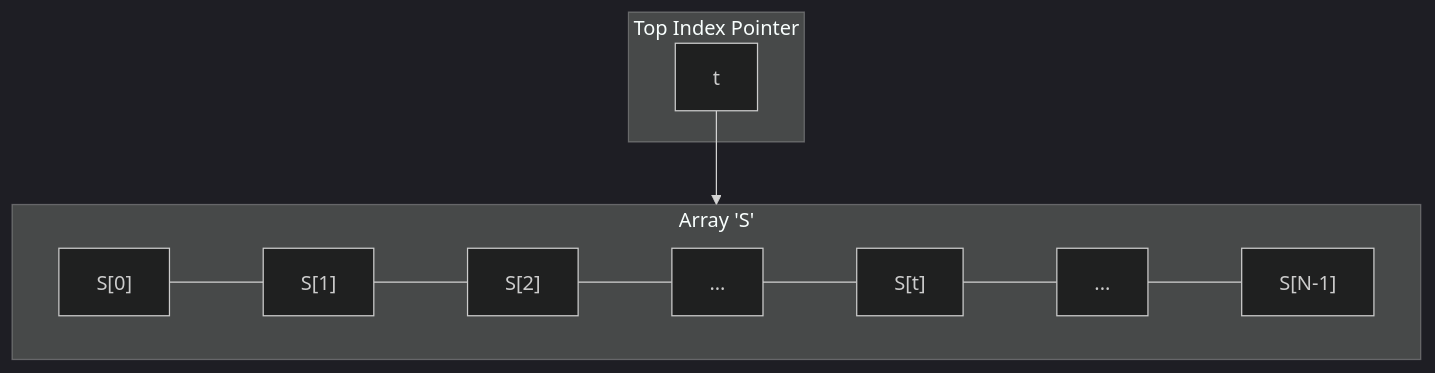
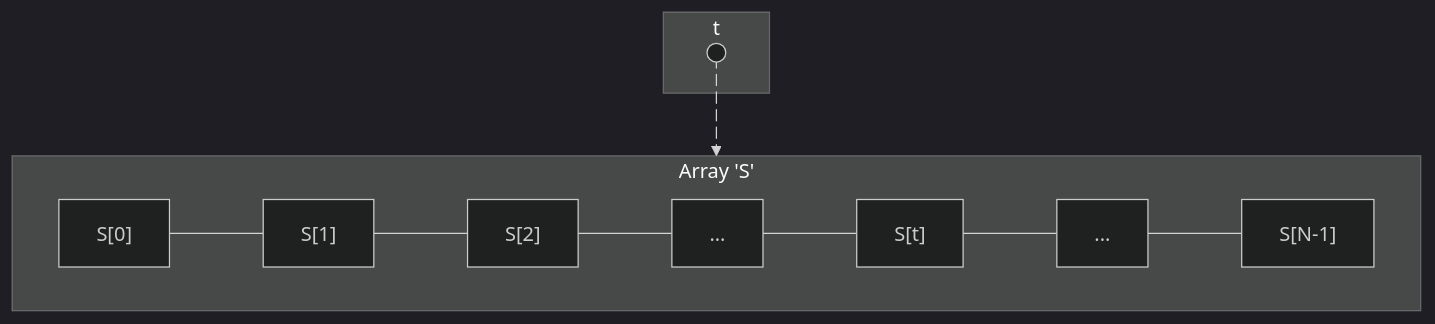
One commit to ruslylove/datastruct changed the third of 4 diagrams in lectures/lect-5-Stack.md. Above: the diagram before and after it, drawn with Mermaid (dark theme). The commit also changed other lines of this file, not shown here.

Commit message:
update diagram.

````diff
--- a/lectures/lect-5-Stack.md
+++ b/lectures/lect-5-Stack.md
@@ -307,11 +307,18 @@
 ```mermaid {scale:0.6}
 graph TD
     subgraph Array ["Array 'S'"]
         direction LR
         s0["S[0]"] --- s1["S[1]"] --- s2["S[2]"] --- s_etc["..."] --- st["S[t]"] --- sn_etc["..."] --- sn["S[N-1]"]
     end
-    subgraph "Top Index Pointer"
-      t_ptr["t"]
+
+    subgraph "t"
+      t_ptr((" "))
     end
-    t_ptr --> st
+    
+    t_ptr e1@--> st
+
+
+    e1@{ animate: true, animation: slow }
+
+
 ```
````
